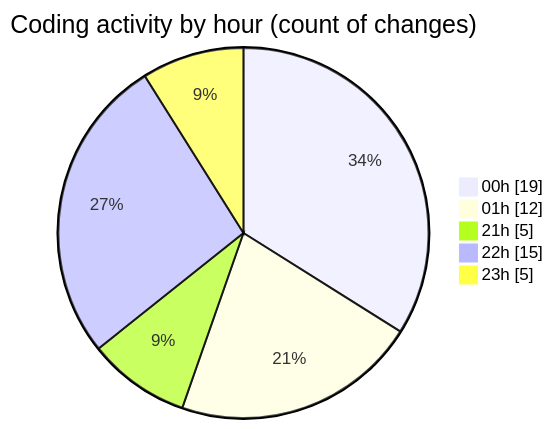
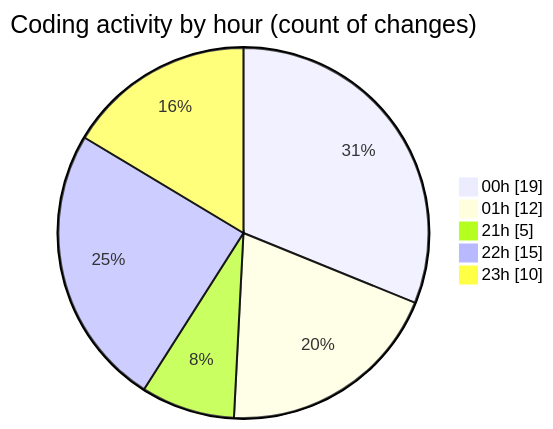
The second of 2 diagrams in 2025-12-11/technologie_web/README.md (hasnaa123/code-tracking), drawn with Mermaid before and after one commit. The commit also changed other lines of this file and 1 other file, not shown here.

````diff
--- a/2025-12-11/technologie_web/README.md
+++ b/2025-12-11/technologie_web/README.md
@@ -33,9 +33,9 @@
 ```mermaid
 pie showData
 title Coding activity by hour (count of changes)
 "00h" : 19
 "01h" : 12
 "21h" : 5
 "22h" : 15
-"23h" : 5
+"23h" : 10
 ```
````
